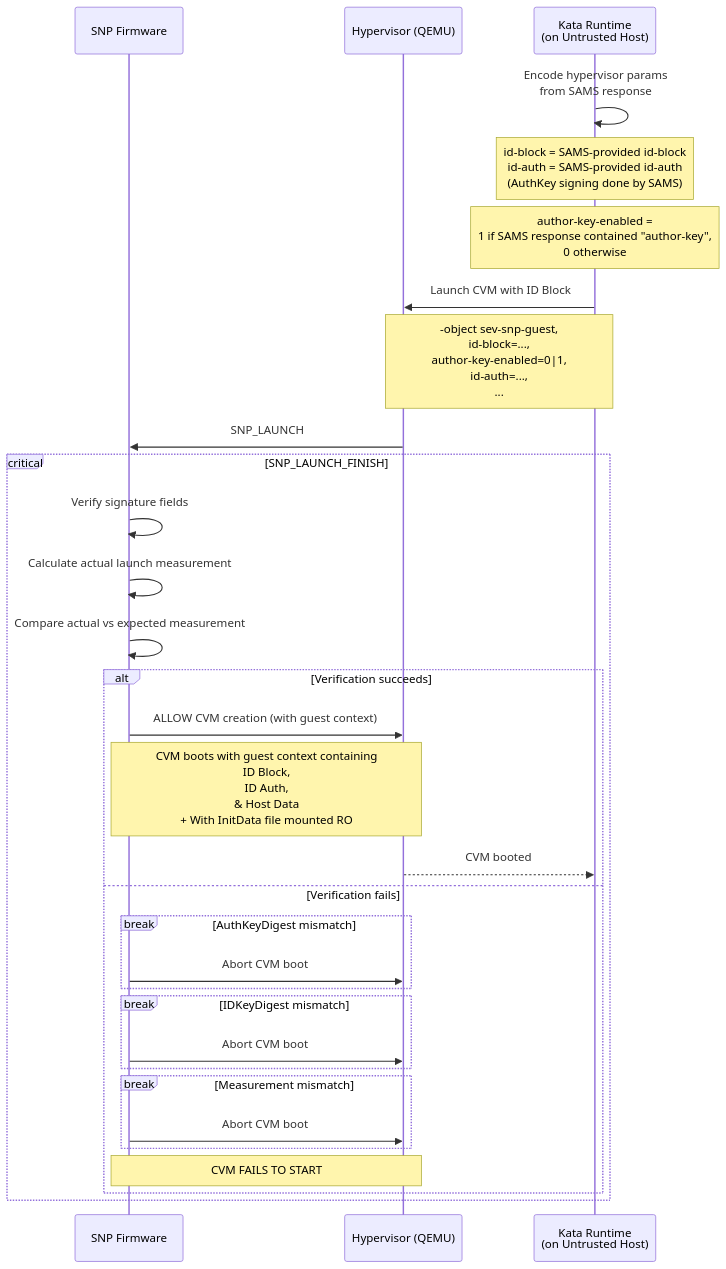
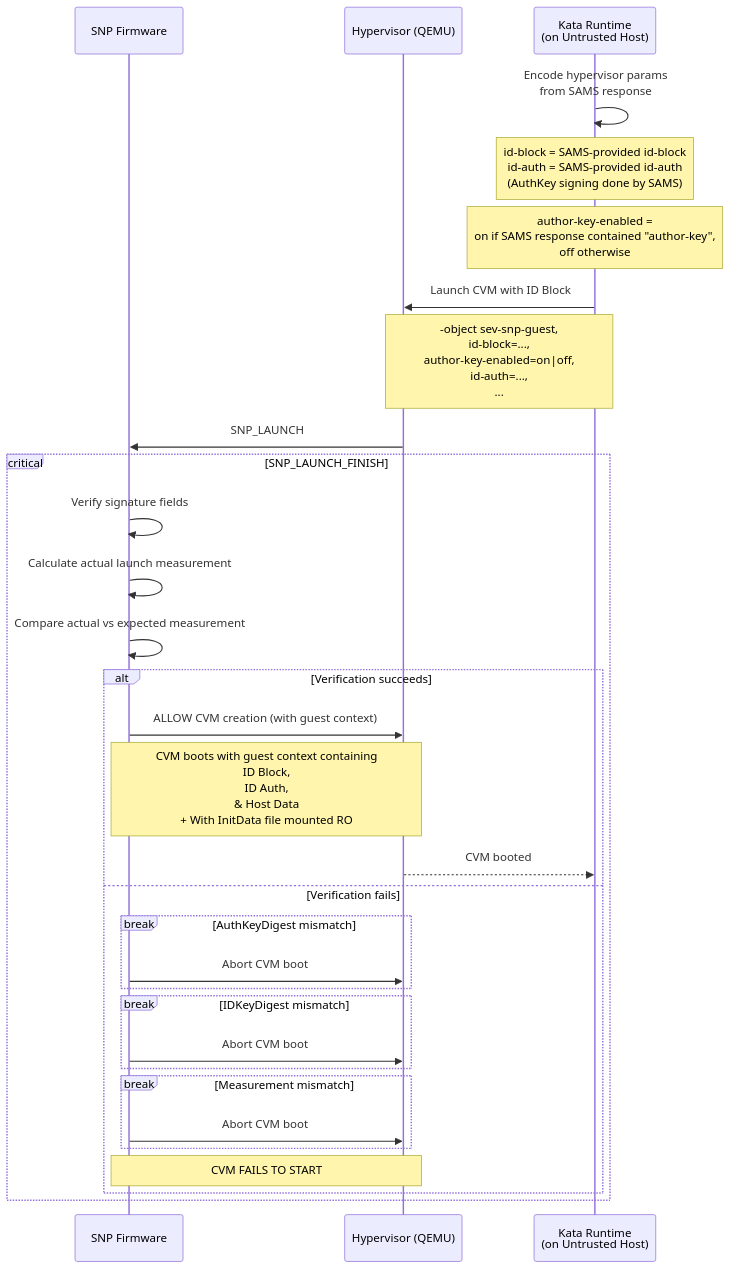
One commit to amd-cmaxwell/trustee changed the third of 6 diagrams in kbs/docs/plugins/sams/README.md. Above: the diagram before and after it, drawn with Mermaid.

Commit message:
fix mistake in SAMS README.md: --author-key-enabled for qemu should be set to "on" or "off", not 1 or 0

````diff
--- a/kbs/docs/plugins/sams/README.md
+++ b/kbs/docs/plugins/sams/README.md
@@ -397,37 +397,37 @@
 ```mermaid
 sequenceDiagram
     participant fw as SNP Firmware
     participant hv as Hypervisor (QEMU)
     participant kata_runtime as Kata Runtime<br>(on Untrusted Host)
 
     kata_runtime ->> kata_runtime: Encode hypervisor params<br>from SAMS response
     note over kata_runtime: id-block = SAMS-provided id-block<br>id-auth = SAMS-provided id-auth<br>(AuthKey signing done by SAMS)
-    note over kata_runtime: author-key-enabled =<br>1 if SAMS response contained "author-key",<br>0 otherwise
+    note over kata_runtime: author-key-enabled =<br>on if SAMS response contained "author-key",<br>off otherwise
 
     kata_runtime ->> hv: Launch CVM with ID Block
-    note over kata_runtime, hv: -object sev-snp-guest,<br>id-block=...,<br>author-key-enabled=0|1,<br>id-auth=...,<br>...
+    note over kata_runtime, hv: -object sev-snp-guest,<br>id-block=...,<br>author-key-enabled=on|off,<br>id-auth=...,<br>...
     hv ->> fw: SNP_LAUNCH
 
     critical SNP_LAUNCH_FINISH
         fw ->> fw: Verify signature fields
         fw ->> fw: Calculate actual launch measurement
         fw ->> fw: Compare actual vs expected measurement
 
         alt Verification succeeds
             fw ->> hv: ALLOW CVM creation (with guest context)
             note over fw, hv: CVM boots with guest context containing<br> ID Block,<br> ID Auth,<br>& Host Data <br> + With InitData file mounted RO
             hv -->> kata_runtime: CVM booted
         else Verification fails
             break AuthKeyDigest mismatch
                 fw ->> hv: Abort CVM boot
             end
             break IDKeyDigest mismatch
                 fw ->> hv: Abort CVM boot
             end
             break Measurement mismatch
                 fw ->> hv: Abort CVM boot
             end
             note over fw, hv: CVM FAILS TO START
         end
     end
 ```
````
